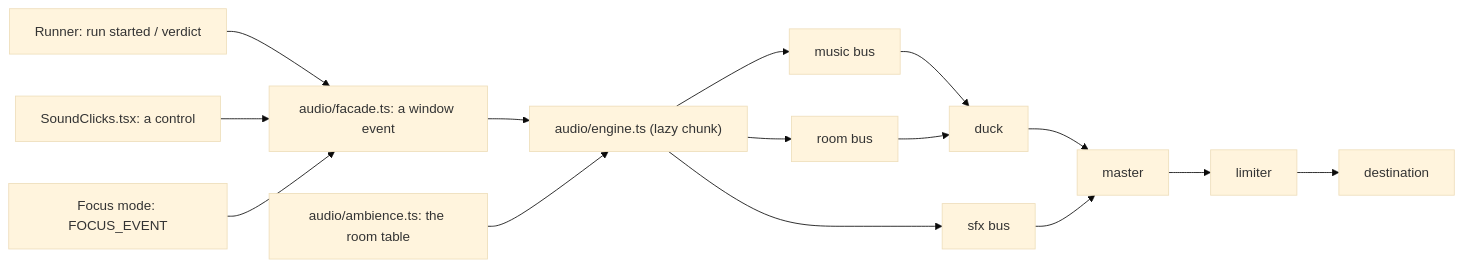
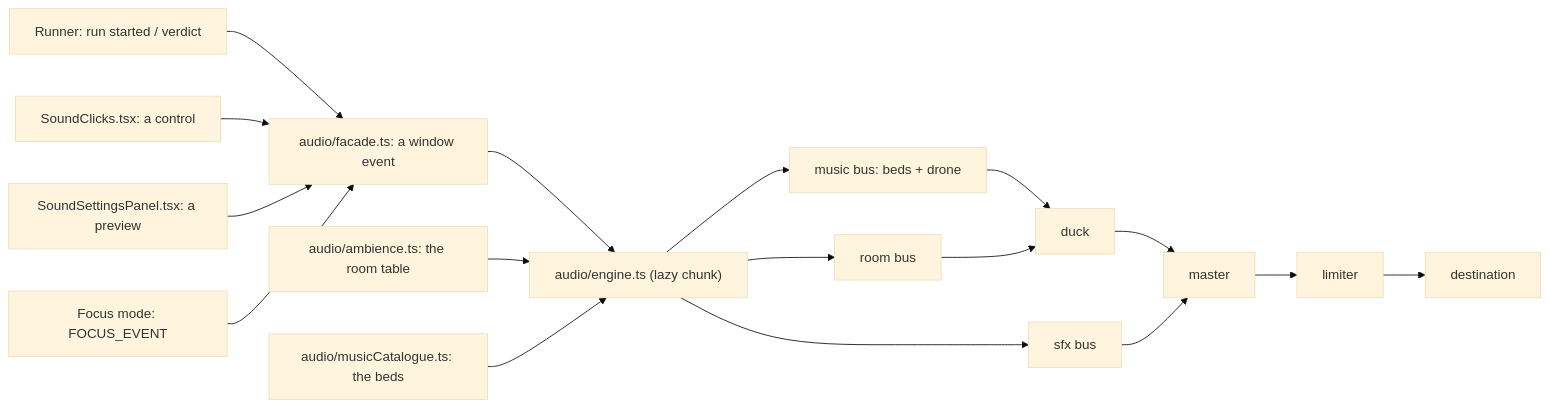
Before and after one commit to TLE47/Mechatronics-Roadmap: the diagram in docs/AUDIO.md, drawn with Mermaid (base theme). The commit also changed other lines of this file and 23 other files, not shown here.

````diff
--- a/docs/AUDIO.md
+++ b/docs/AUDIO.md
@@ -22,17 +26,19 @@
 ```mermaid
 flowchart LR
     R["Runner: run started / verdict"] --> B["audio/facade.ts: a window event"]
     C["SoundClicks.tsx: a control"] --> B
+    P["SoundSettingsPanel.tsx: a preview"] --> B
     F["Focus mode: FOCUS_EVENT"] --> B
     B --> E["audio/engine.ts (lazy chunk)"]
     A2["audio/ambience.ts: the room table"] --> E
-    E --> M["music bus"]
+    M2["audio/musicCatalogue.ts: the beds"] --> E
+    E --> M["music bus: beds + drone"]
     E --> S["sfx bus"]
     E --> RM["room bus"]
     M --> D["duck"]
     RM --> D
     D --> MA["master"]
     S --> MA
     MA --> L["limiter"]
     L --> O["destination"]
 ```
````
